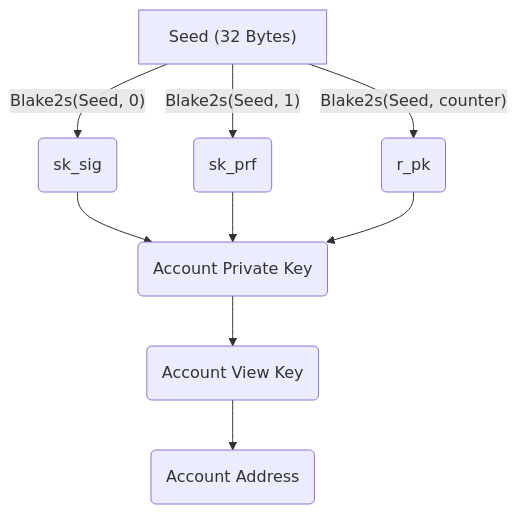
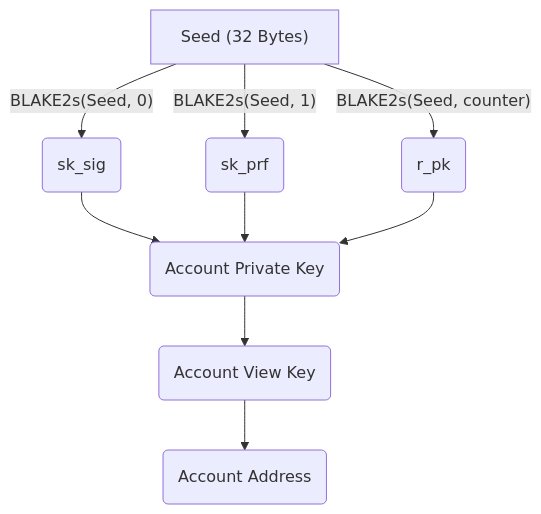
One commit to ProvableHQ/welcome changed the diagram in documentation/concepts/00_accounts.md. Above: the diagram before and after it, drawn with Mermaid. The commit also changed other lines of this file, not shown here.

Commit message:
change Blake2s to BLAKE2s

````diff
--- a/documentation/concepts/00_accounts.md
+++ b/documentation/concepts/00_accounts.md
@@ -127,14 +127,14 @@
 ```mermaid
 graph TD
 	A["Seed (32 Bytes)"] 
-    A --> |"Blake2s(Seed, 0)"| B(sk_sig)
-    A --> |"Blake2s(Seed, 1)"| C(sk_prf)
-    A --> |"Blake2s(Seed, counter)"| D(r_pk)
+    A --> |"BLAKE2s(Seed, 0)"| B(sk_sig)
+    A --> |"BLAKE2s(Seed, 1)"| C(sk_prf)
+    A --> |"BLAKE2s(Seed, counter)"| D(r_pk)
     
     B --> E(Account Private Key)
     C --> E(Account Private Key)
     D --> E(Account Private Key)
     
     E --> F(Account View Key) 
     F --> G(Account Address) 
 ```
````
